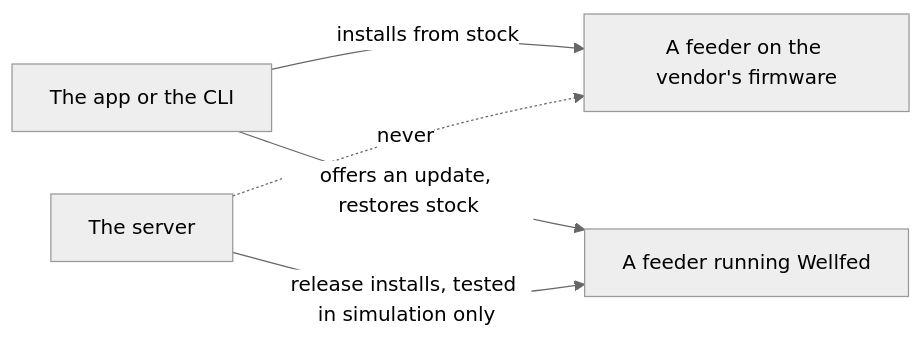
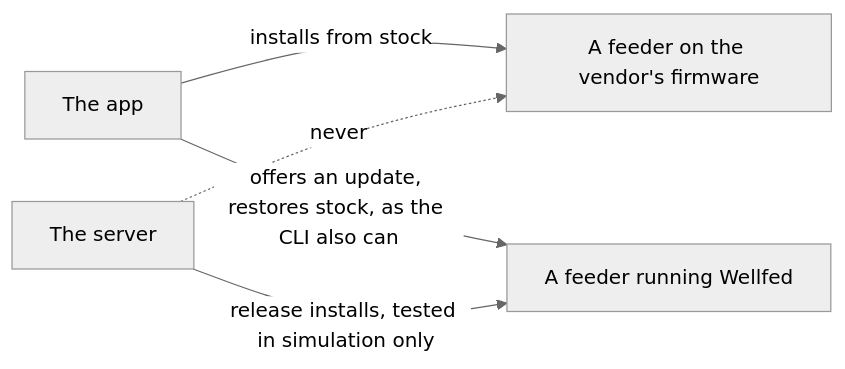
One commit to Isaac-Duarte/wellfed changed the third of 3 diagrams in docs/guide/how-it-works/system.md. Above: the diagram before and after it, drawn with Mermaid (neutral theme). The commit also changed other lines of this file and 114 other files, not shown here.

````diff
--- a/docs/guide/how-it-works/system.md
+++ b/docs/guide/how-it-works/system.md
@@ -72,8 +72,8 @@
 ```mermaid
 %% svg: system-routes.svg
 flowchart LR
-  front["The app or the CLI"] -->|installs from stock| stock["A feeder on the vendor's firmware"]
-  front -->|offers an update, restores stock| wellfed["A feeder running Wellfed"]
+  front["The app"] -->|installs from stock| stock["A feeder on the vendor's firmware"]
+  front -->|offers an update, restores stock, as the CLI also can| wellfed["A feeder running Wellfed"]
   server["The server"] -->|release installs, tested in simulation only| wellfed
   server -.->|never| stock
 ```
````
